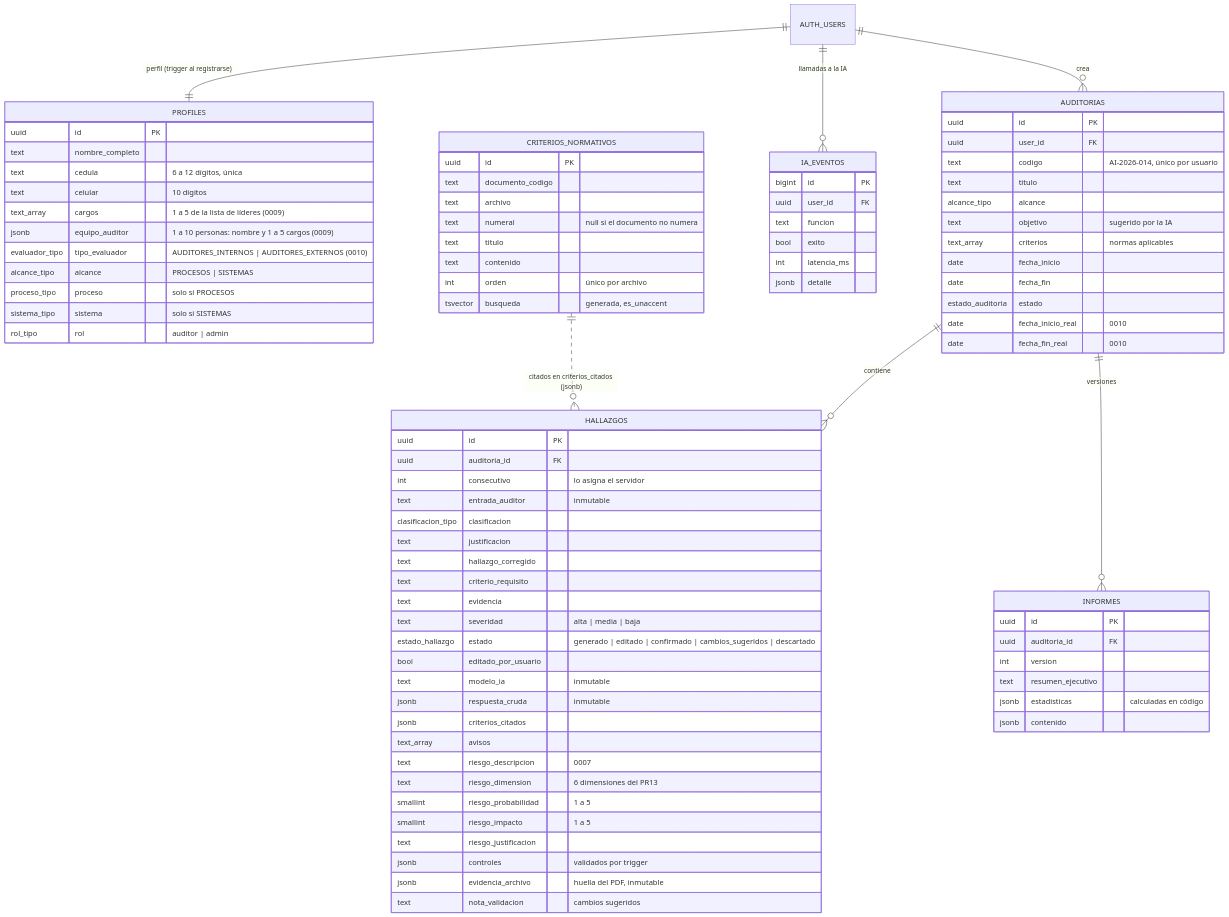
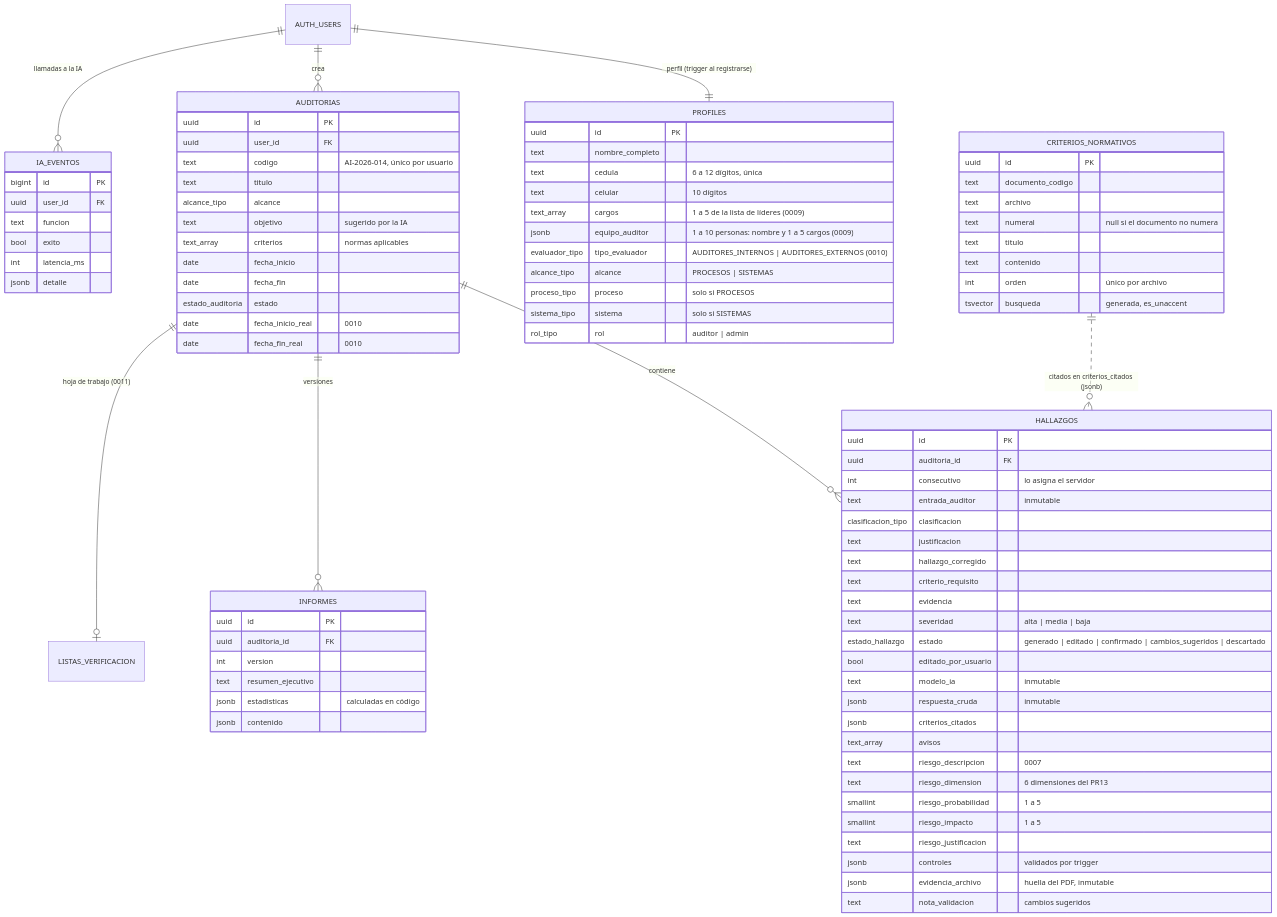
Before and after one commit to OscarNarvaez/pg_web_halla: the diagram in docs/BASE_DE_DATOS.md, drawn with Mermaid. The commit also changed other lines of this file and 18 other files, not shown here.

```diff
--- a/docs/BASE_DE_DATOS.md
+++ b/docs/BASE_DE_DATOS.md
@@ -23,6 +24,7 @@
   AUTH_USERS ||--o{ AUDITORIAS : crea
   AUDITORIAS ||--o{ HALLAZGOS : contiene
   AUDITORIAS ||--o{ INFORMES : "versiones"
+  AUDITORIAS ||--o| LISTAS_VERIFICACION : "hoja de trabajo (0011)"
   AUTH_USERS ||--o{ IA_EVENTOS : "llamadas a la IA"
   CRITERIOS_NORMATIVOS ||..o{ HALLAZGOS : "citados en criterios_citados (jsonb)"
 
```
